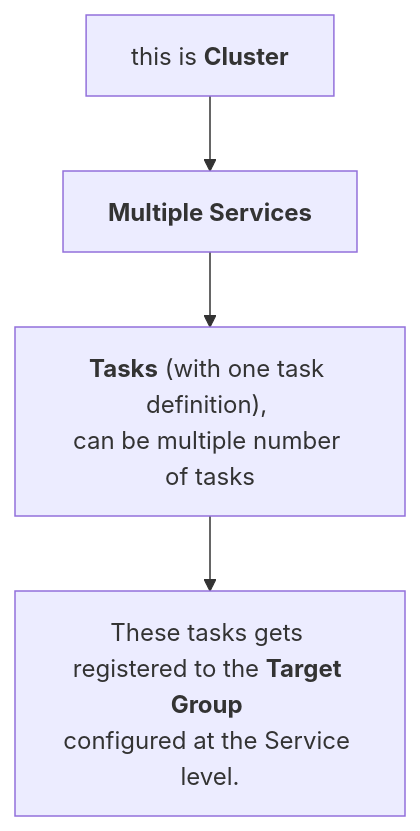
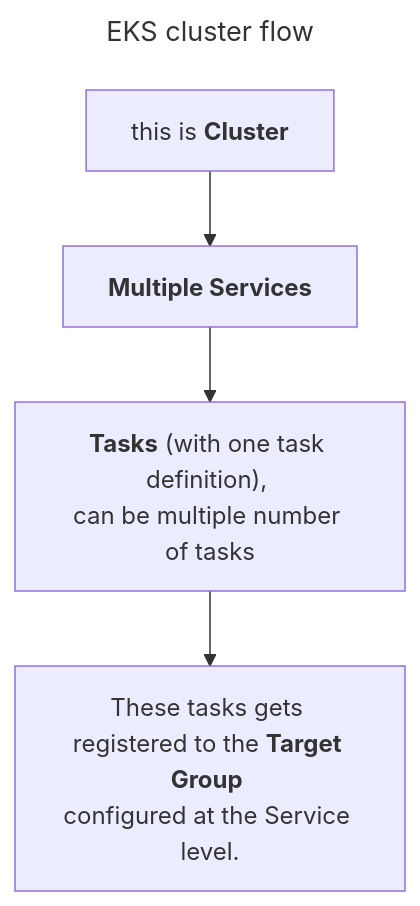
Before and after one commit to nepalsingh/cloud-training: the second of 2 diagrams in README.md, drawn with Mermaid.

Commit message:
update eks

````diff
--- a/README.md
+++ b/README.md
@@ -732,14 +730,17 @@
 ```mermaid
+---
+title: EKS cluster flow 
+---
 %%{init: {"flowchart": {"htmlLabels": false}} }%%
 
 flowchart TD
   cluster["`this is **Cluster** `"]
   services["`**Multiple Services**`"]
   tasks["`**Tasks** (with one task definition), 
   can be multiple number of tasks`"]
   target["`These tasks gets registered to the **Target Group** 
   configured at the Service level.`"]
 
   cluster --> services --> tasks --> target
 
 ```
````
